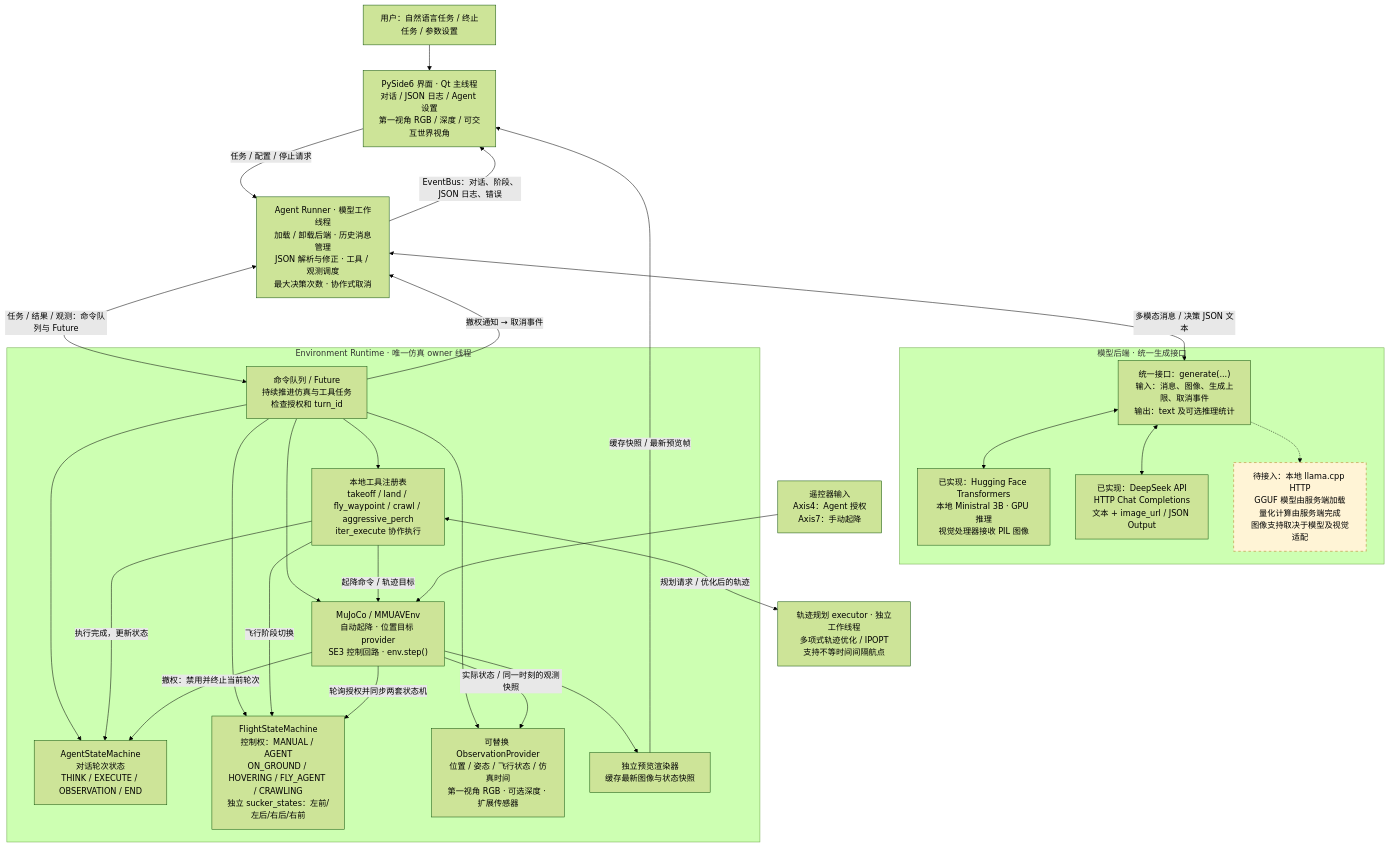
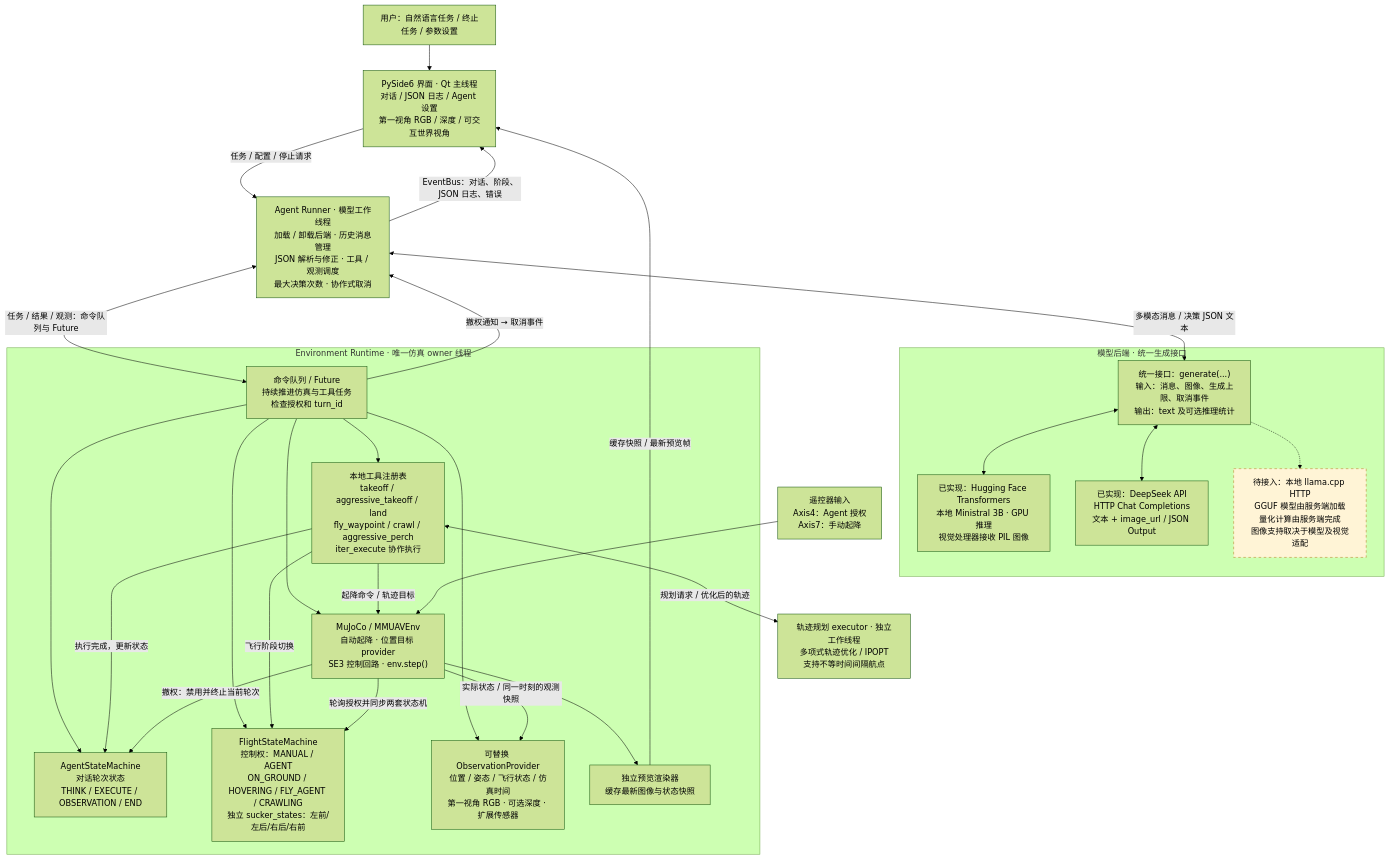
The first of 5 diagrams in docs/architecture.md (Coolmint417/agentic_mmuav), drawn with Mermaid (forest theme) before and after one commit. The commit also changed other lines of this file and 17 other files, not shown here.

Commit message:
Add aggressive_takeoff tool for takeoff on slopes

````diff
--- a/docs/architecture.md
+++ b/docs/architecture.md
@@ -7,54 +7,54 @@
 ```mermaid
 flowchart TB
     USER["用户：自然语言任务 / 终止任务 / 参数设置"]
     UI["PySide6 界面 · Qt 主线程<br/>对话 / JSON 日志 / Agent 设置<br/>第一视角 RGB / 深度 / 可交互世界视角"]
     USER --> UI
 
     subgraph MODEL["模型后端 · 统一生成接口"]
         HF["已实现：Hugging Face Transformers<br/>本地 Ministral 3B · GPU 推理<br/>视觉处理器接收 PIL 图像"]
         DS["已实现：DeepSeek API<br/>HTTP Chat Completions<br/>文本 + image_url / JSON Output"]
         LLAMA["待接入：本地 llama.cpp HTTP<br/>GGUF 模型由服务端加载<br/>量化计算由服务端完成<br/>图像支持取决于模型及视觉适配"]
         IF["统一接口：generate(...)<br/>输入：消息、图像、生成上限、取消事件<br/>输出：text 及可选推理统计"]
         IF <--> HF
         IF <--> DS
         IF -.-> LLAMA
     end
 
     RUN["Agent Runner · 模型工作线程<br/>加载 / 卸载后端 · 历史消息管理<br/>JSON 解析与修正 · 工具 / 观测调度<br/>最大决策次数 · 协作式取消"]
     UI -->|"任务 / 配置 / 停止请求"| RUN
     RUN <-->|"多模态消息 / 决策 JSON 文本"| IF
 
     subgraph OWNER["Environment Runtime · 唯一仿真 owner 线程"]
         RT["命令队列 / Future<br/>持续推进仿真与工具任务<br/>检查授权和 turn_id"]
         AS["AgentStateMachine<br/>对话轮次状态<br/>THINK / EXECUTE / OBSERVATION / END"]
         FS["FlightStateMachine<br/>控制权：MANUAL / AGENT<br/>ON_GROUND / HOVERING / FLY_AGENT / CRAWLING<br/>独立 sucker_states：左前/左后/右后/右前"]
-        TOOLS["本地工具注册表<br/>takeoff / land / fly_waypoint / crawl / aggressive_perch<br/>iter_execute 协作执行"]
+        TOOLS["本地工具注册表<br/>takeoff / aggressive_takeoff / land<br/>fly_waypoint / crawl / aggressive_perch<br/>iter_execute 协作执行"]
         OBS["可替换 ObservationProvider<br/>位置 / 姿态 / 飞行状态 / 仿真时间<br/>第一视角 RGB · 可选深度 · 扩展传感器"]
         ENV["MuJoCo / MMUAVEnv<br/>自动起降 · 位置目标 provider<br/>SE3 控制回路 · env.step()"]
         PREVIEW["独立预览渲染器<br/>缓存最新图像与状态快照"]
         RT --> AS
         RT --> FS
         RT --> TOOLS
         RT --> OBS
         RT --> ENV
         TOOLS -->|"起降命令 / 轨迹目标"| ENV
         TOOLS -->|"执行完成，更新状态"| AS
         TOOLS -->|"飞行阶段切换"| FS
         ENV -->|"实际状态 / 同一时刻的观测快照"| OBS
         ENV --> PREVIEW
     end
 
     PLAN["轨迹规划 executor · 独立工作线程<br/>多项式轨迹优化 / IPOPT<br/>支持不等时间间隔航点"]
     TOOLS <-->|"规划请求 / 优化后的轨迹"| PLAN
     RC["遥控器输入<br/>Axis4：Agent 授权<br/>Axis7：手动起降"]
     RC --> ENV
     ENV -->|"轮询授权并同步两套状态机"| FS
     ENV -->|"撤权：禁用并终止当前轮次"| AS
     RUN <-->|"任务 / 结果 / 观测：命令队列与 Future"| RT
     RT -->|"撤权通知 → 取消事件"| RUN
     PREVIEW -->|"缓存快照 / 最新预览帧"| UI
     RUN -->|"EventBus：对话、阶段、JSON 日志、错误"| UI
 
     classDef planned fill:#fff4d6,stroke:#b7791f,stroke-dasharray:5 5;
     class LLAMA planned;
 ```
````
